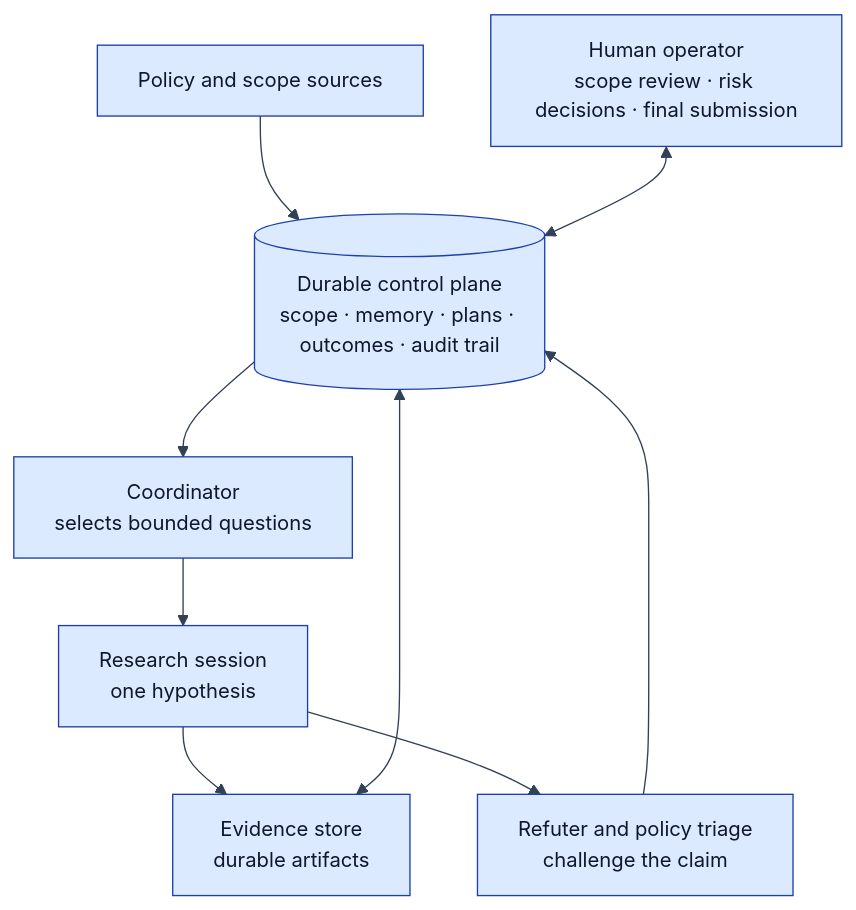
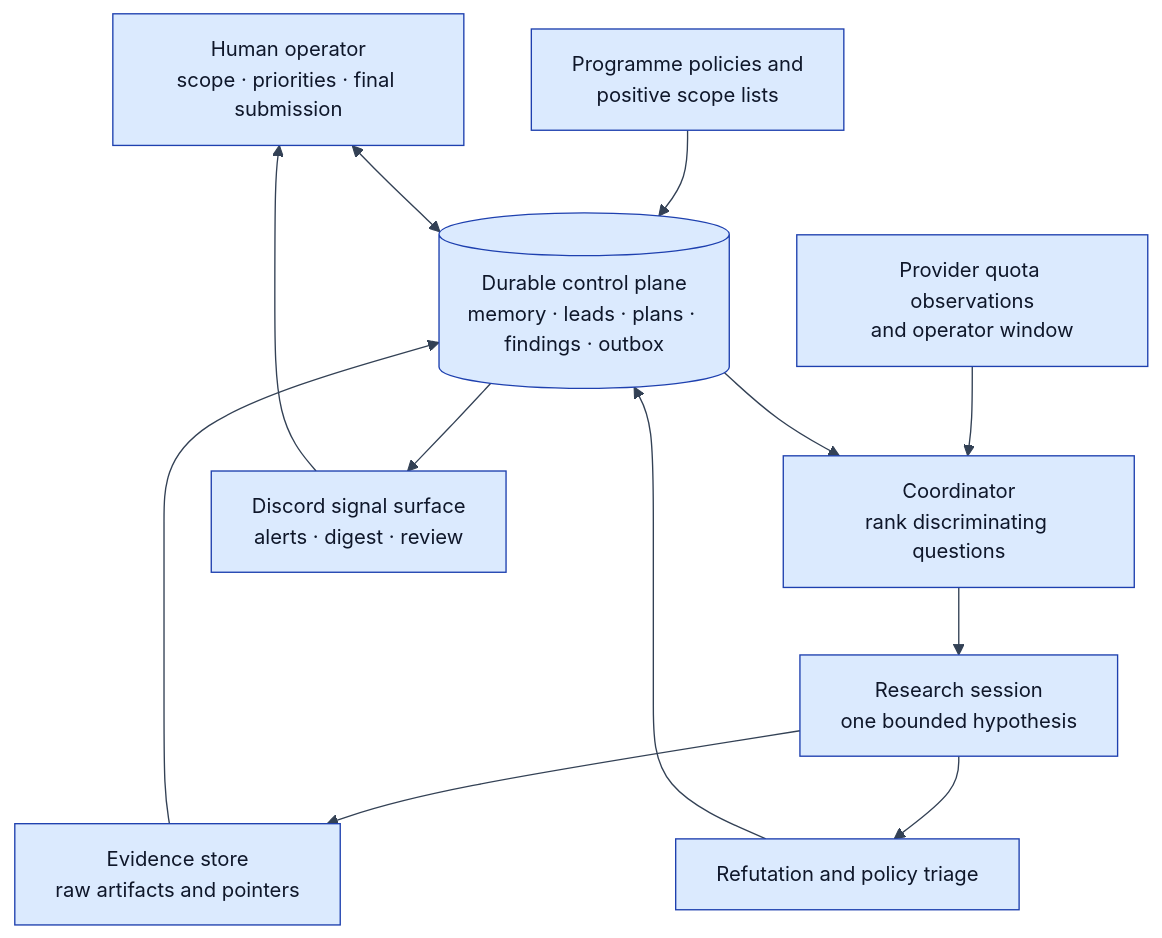
One commit to felixbillieres/felixbillieres.github.io changed the second of 9 diagrams in content/posts/operating-a-semi-autonomous-security-research-pipeline/index.md. Above: the diagram before and after it, drawn with Mermaid. The commit also changed other lines of this file, not shown here.

Commit message:
Update security research pipeline architecture article

```diff
--- a/content/posts/operating-a-semi-autonomous-security-research-pipeline/index.md
+++ b/content/posts/operating-a-semi-autonomous-security-research-pipeline/index.md
@@ -101,20 +108,25 @@
 {{< mermaid >}}
 %%{init: {'theme':'base','themeVariables':{'background':'#ffffff','fontSize':'15px','primaryColor':'#dbeafe','primaryTextColor':'#0f172a','primaryBorderColor':'#1e40af','lineColor':'#334155','textColor':'#0f172a'}}}%%
 flowchart TB
-    H[Human operator<br/>scope review · risk decisions · final submission]
-    P[Policy and scope sources]
-    E[Evidence store<br/>durable artifacts]
-    S[(Durable control plane<br/>scope · memory · plans · outcomes · audit trail)]
-    C[Coordinator<br/>selects bounded questions]
-    R[Research session<br/>one hypothesis]
-    V[Refuter and policy triage<br/>challenge the claim]
+    H[Human operator<br/>scope · priorities · final submission]
+    P[Programme policies and<br/>positive scope lists]
+    Q[Provider quota observations<br/>and operator window]
+    S[(Durable control plane<br/>memory · leads · plans · findings · outbox)]
+    C[Coordinator<br/>rank discriminating questions]
+    R[Research session<br/>one bounded hypothesis]
+    E[Evidence store<br/>raw artifacts and pointers]
+    V[Refutation and policy triage]
+    D[Discord signal surface<br/>alerts · digest · review]
 
     P --> S
-    E <--> S
+    Q --> C
     H <--> S
     S --> C
     C --> R
     R --> E
+    E --> S
     R --> V
     V --> S
+    S --> D
+    D --> H
 {{< /mermaid >}}
```
